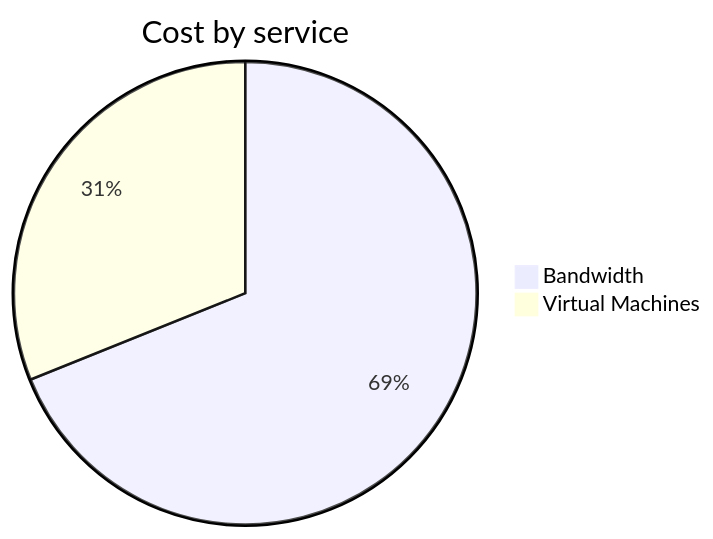
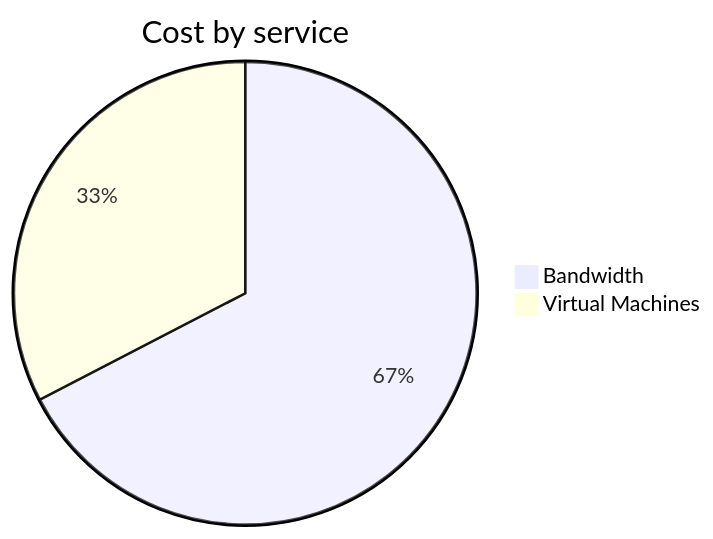
One commit to jpfulton/azure-personal-reports changed the second of 4 diagrams in cost-reports/personal-network/vpn-server.md. Above: the diagram before and after it, drawn with Mermaid. The commit also changed other lines of this file and 8 other files, not shown here.

````diff
--- a/cost-reports/personal-network/vpn-server.md
+++ b/cost-reports/personal-network/vpn-server.md
@@ -96,6 +96,6 @@
 ```mermaid
 pie
    title Cost by service
-   "Bandwidth" : 2.86
-   "Virtual Machines" : 1.29
+   "Bandwidth" : 3.10
+   "Virtual Machines" : 1.50
 ```
````
